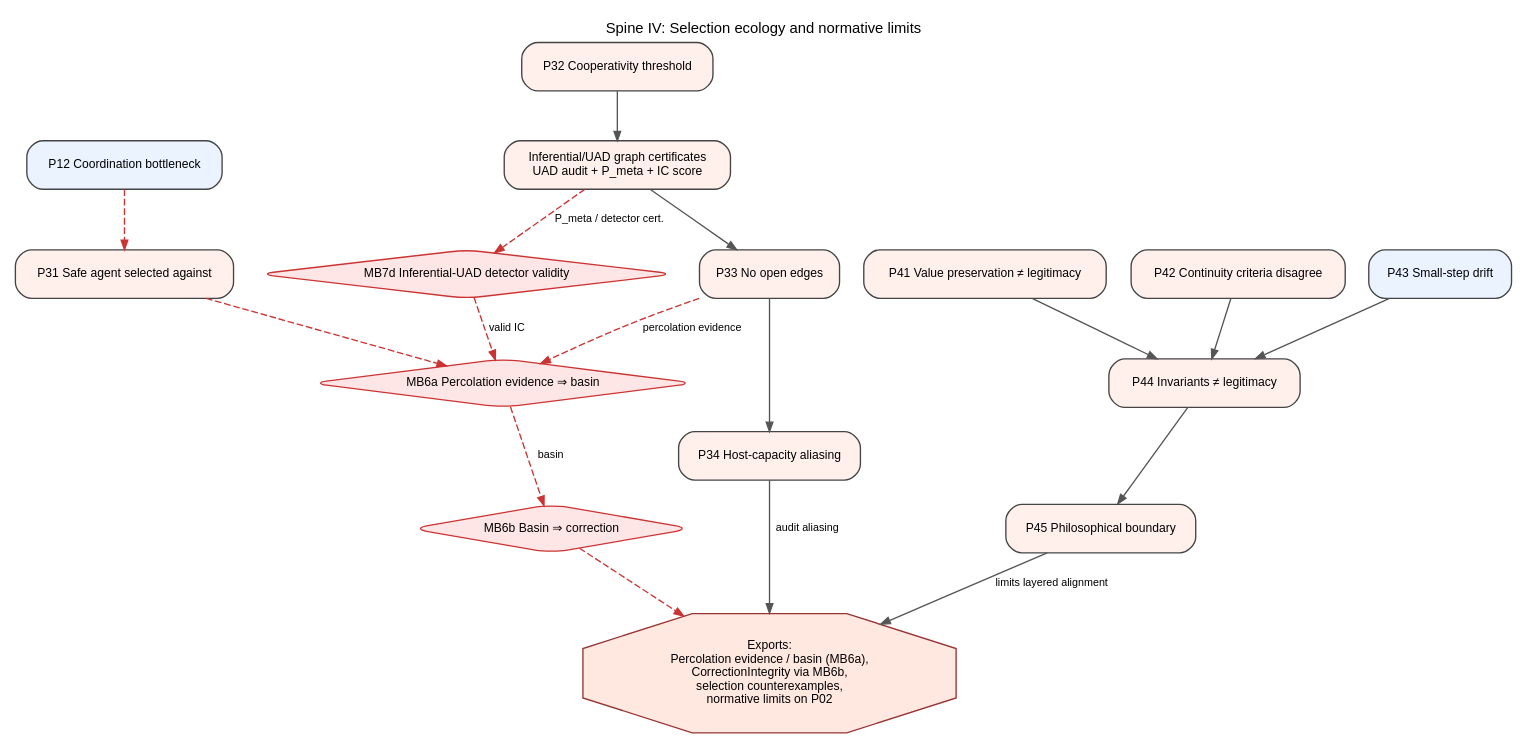
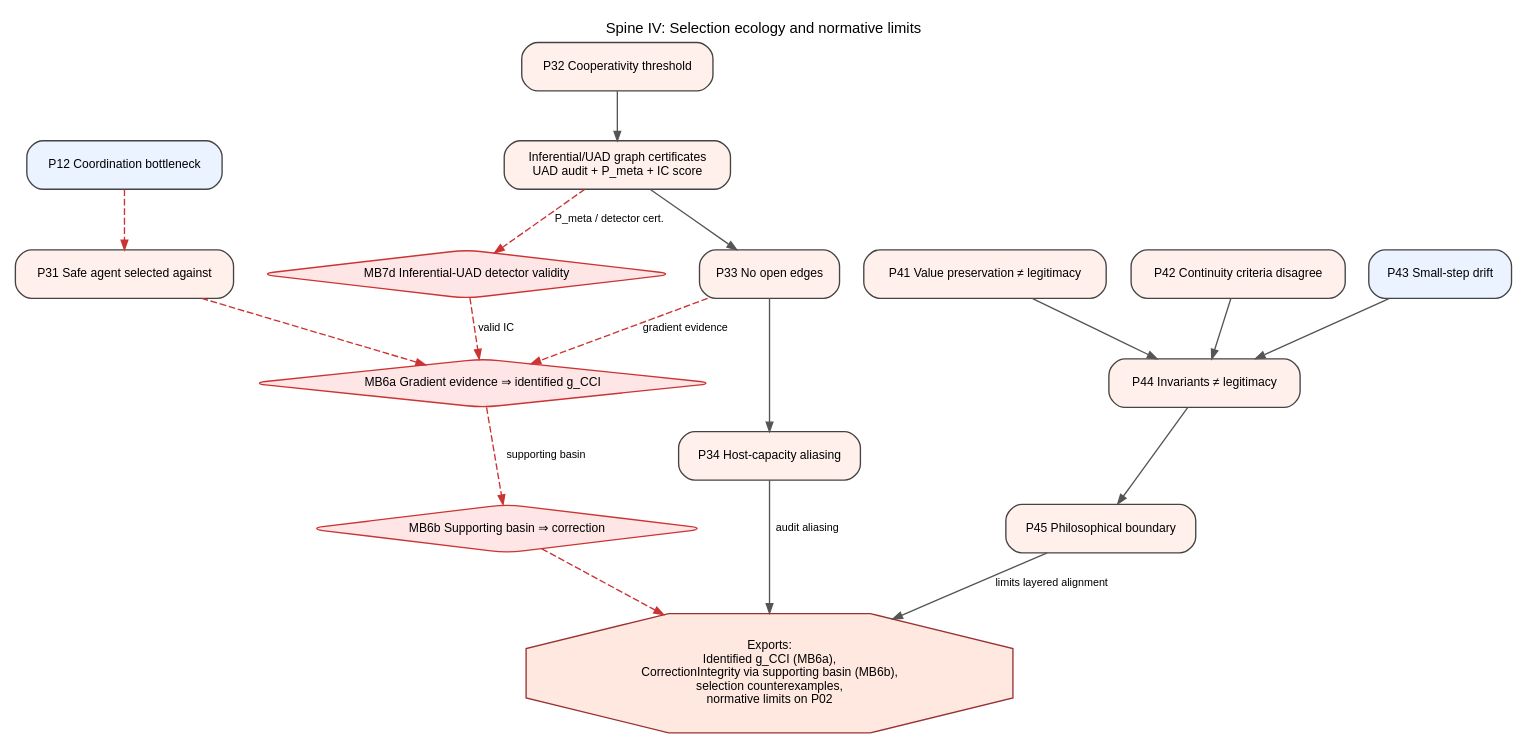
Before and after one commit to GunnarZarncke/towards-asi-alignment: the diagram in context/lean_proof_graphs/04-selection-limits.dot, drawn with Graphviz. The commit also changed 60 other files, not shown here.

First line of the commit message:
Retype MB6 on signed g_CCI and correction-supporting basins.

```diff
--- a/context/lean_proof_graphs/04-selection-limits.dot
+++ b/context/lean_proof_graphs/04-selection-limits.dot
@@ -1,47 +1,47 @@
 digraph Spine04SelectionLimits {
   graph [
     rankdir=TB,
     bgcolor="white",
     splines=true,
     overlap=false,
     fontsize=11,
     fontname="Helvetica",
     label="Spine IV: Selection ecology and normative limits",
     labelloc="t"
   ];
   node [shape=box, style="rounded,filled", fontname="Helvetica", fontsize=9, color="#444444"];
   edge [fontname="Helvetica", fontsize=8, color="#555555", arrowsize=0.7];
 
   P12 [label="P12 Coordination bottleneck", fillcolor="#EAF3FF"];
   P31 [label="P31 Safe agent selected against", fillcolor="#FFF0EC"];
   P32 [label="P32 Cooperativity threshold", fillcolor="#FFF0EC"];
   PAC [label="Inferential/UAD graph certificates\nUAD audit + P_meta + IC score", fillcolor="#FFF0EC"];
   P33 [label="P33 No open edges", fillcolor="#FFF0EC"];
   P34 [label="P34 Host-capacity aliasing", fillcolor="#FFF0EC"];
   P41 [label="P41 Value preservation ≠ legitimacy", fillcolor="#FFF0EC"];
   P42 [label="P42 Continuity criteria disagree", fillcolor="#FFF0EC"];
   P43 [label="P43 Small-step drift", fillcolor="#EAF3FF"];
   P44 [label="P44 Invariants ≠ legitimacy", fillcolor="#FFF0EC"];
   P45 [label="P45 Philosophical boundary", fillcolor="#FFF0EC"];
 
-  MB6a [shape=diamond, fillcolor="#FFE6E6", color="#CC3333", label="MB6a Percolation evidence ⇒ basin"];
-  MB6b [shape=diamond, fillcolor="#FFE6E6", color="#CC3333", label="MB6b Basin ⇒ correction"];
+  MB6a [shape=diamond, fillcolor="#FFE6E6", color="#CC3333", label="MB6a Gradient evidence ⇒ identified g_CCI"];
+  MB6b [shape=diamond, fillcolor="#FFE6E6", color="#CC3333", label="MB6b Supporting basin ⇒ correction"];
   MB7d [shape=diamond, fillcolor="#FFE6E6", color="#CC3333", label="MB7d Inferential-UAD detector validity"];
 
   OUT [shape=octagon, style="filled", fillcolor="#FFE8E0", color="#993333",
-       label="Exports:\nPercolation evidence / basin (MB6a),\nCorrectionIntegrity via MB6b,\nselection counterexamples,\nnormative limits on P02"];
+       label="Exports:\nIdentified g_CCI (MB6a),\nCorrectionIntegrity via supporting basin (MB6b),\nselection counterexamples,\nnormative limits on P02"];
 
   P12 -> P31 -> MB6a [style=dashed, color="#CC3333"];
   P32 -> PAC -> P33 -> P34;
   PAC -> MB7d [style=dashed, color="#CC3333", label="P_meta / detector cert."];
   MB7d -> MB6a [style=dashed, color="#CC3333", label="valid IC"];
-  P33 -> MB6a [style=dashed, color="#CC3333", label="percolation evidence"];
-  MB6a -> MB6b [style=dashed, color="#CC3333", label="basin"];
+  P33 -> MB6a [style=dashed, color="#CC3333", label="gradient evidence"];
+  MB6a -> MB6b [style=dashed, color="#CC3333", label="supporting basin"];
   P41 -> P44;
   P42 -> P44;
   P43 -> P44 -> P45;
 
   MB6b -> OUT [style=dashed, color="#CC3333"];
   P45 -> OUT [label="limits layered alignment"];
   P34 -> OUT [label="audit aliasing"];
 }
```
